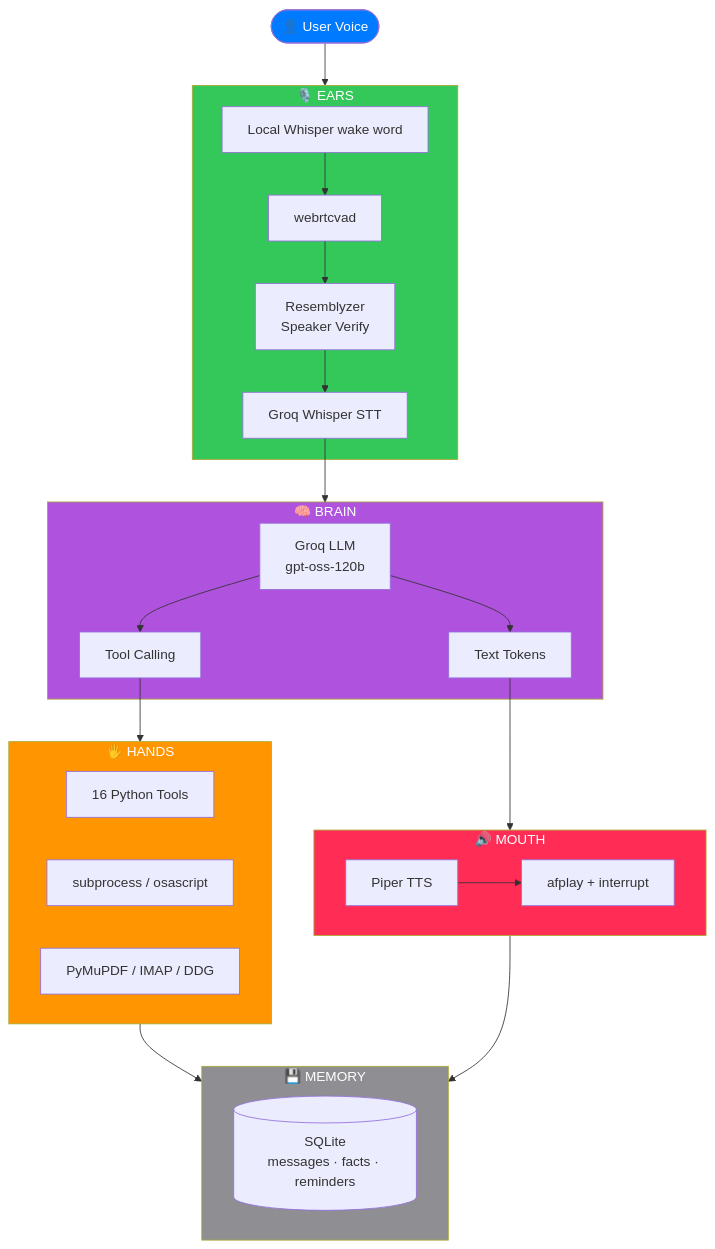
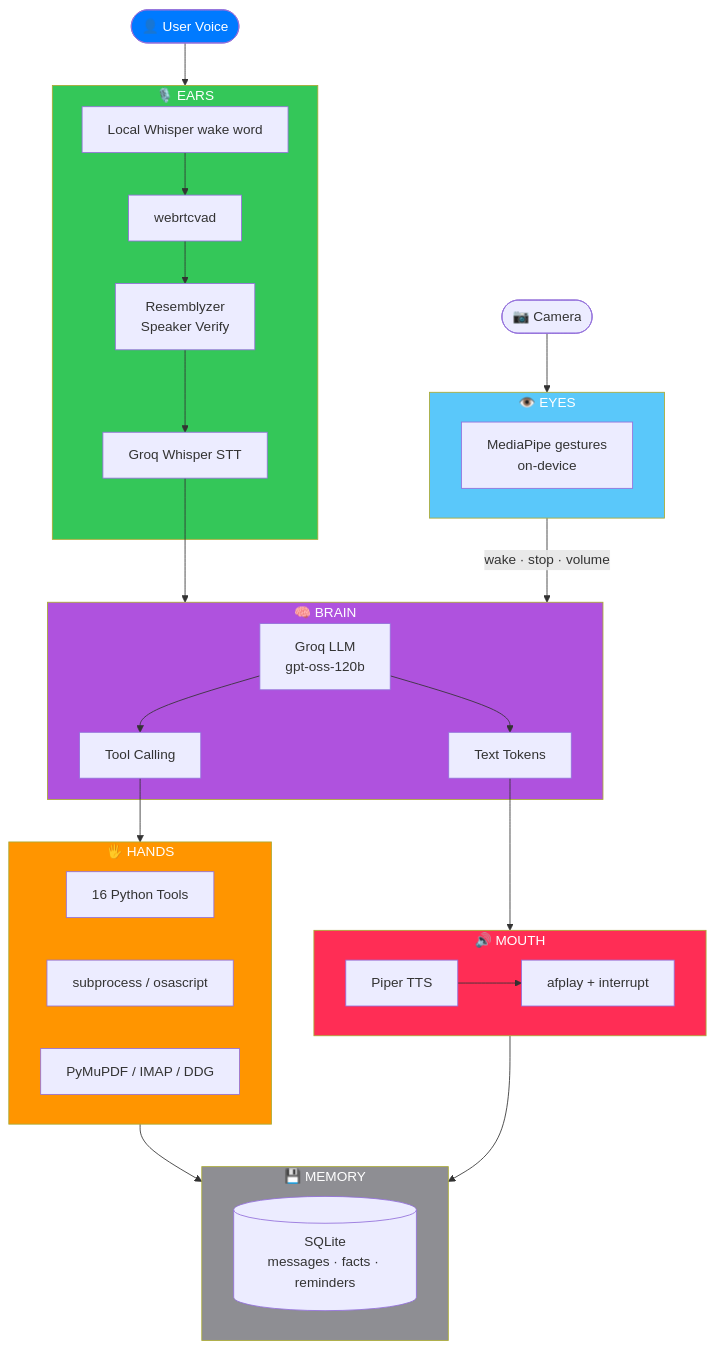
Before and after one commit to Ramo212121/remy-assistant: the diagram in README.md, drawn with Mermaid. The commit also changed other lines of this file and 13 other files, not shown here.

First line of the commit message:
feat: add camera hand gestures and refresh the HUD

````diff
--- a/README.md
+++ b/README.md
@@ -82,46 +103,53 @@
 ```mermaid
 flowchart TD
     User([👤 User Voice]) --> Ears
 
     subgraph Ears[🎙️ EARS]
         WW[Local Whisper wake word] --> VAD[webrtcvad]
         VAD --> RS[Resemblyzer<br/>Speaker Verify]
         RS --> Whisper[Groq Whisper STT]
     end
 
     Whisper --> Brain
+
+    Camera([📷 Camera]) --> Eyes
+    subgraph Eyes[👁️ EYES]
+        MP[MediaPipe gestures<br/>on-device]
+    end
+    Eyes -->|wake · stop · volume| Brain
 
     subgraph Brain[🧠 BRAIN]
         LLM[Groq LLM<br/>gpt-oss-120b]
         LLM --> TC[Tool Calling]
         LLM --> TK[Text Tokens]
     end
 
     TC --> Hands
     TK --> Mouth
 
     subgraph Hands[🖐️ HANDS]
         T1[16 Python Tools]
         T2[subprocess / osascript]
         T3[PyMuPDF / IMAP / DDG]
     end
 
     subgraph Mouth[🔊 MOUTH]
         Piper[Piper TTS]
         Piper --> AF[afplay + interrupt]
     end
 
     Hands --> Memory
     Mouth --> Memory
 
     subgraph Memory[💾 MEMORY]
         DB[(SQLite<br/>messages · facts · reminders)]
     end
 
     style User fill:#007AFF,color:#fff
     style Ears fill:#34C759,color:#fff
     style Brain fill:#AF52DE,color:#fff
     style Hands fill:#FF9500,color:#fff
     style Mouth fill:#FF2D55,color:#fff
     style Memory fill:#8E8E93,color:#fff
+    style Eyes fill:#5AC8FA,color:#fff
 ```
````
